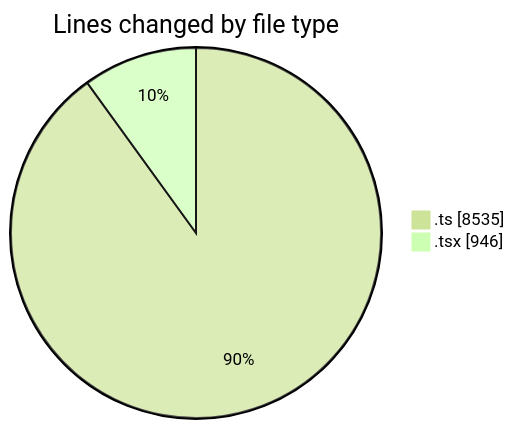
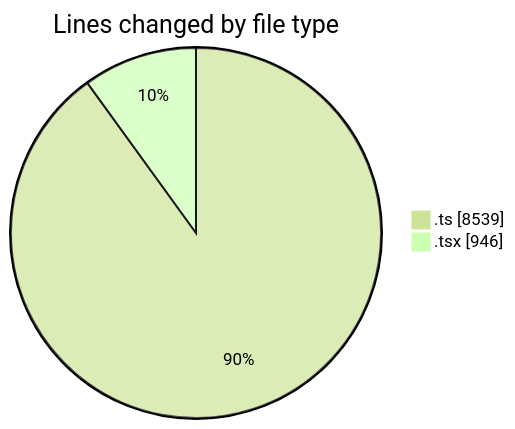
The first of 2 diagrams in 2025-07-14/cda/README.md (momahboobian/code-tracking), drawn with Mermaid (forest theme) before and after one commit. The commit also changed other lines of this file and 1 other file, not shown here.

````diff
--- a/2025-07-14/cda/README.md
+++ b/2025-07-14/cda/README.md
@@ -26,6 +26,6 @@
 ```mermaid
 pie showData
 title Lines changed by file type
-".ts" : 8535
+".ts" : 8539
 ".tsx" : 946
 ```
````
